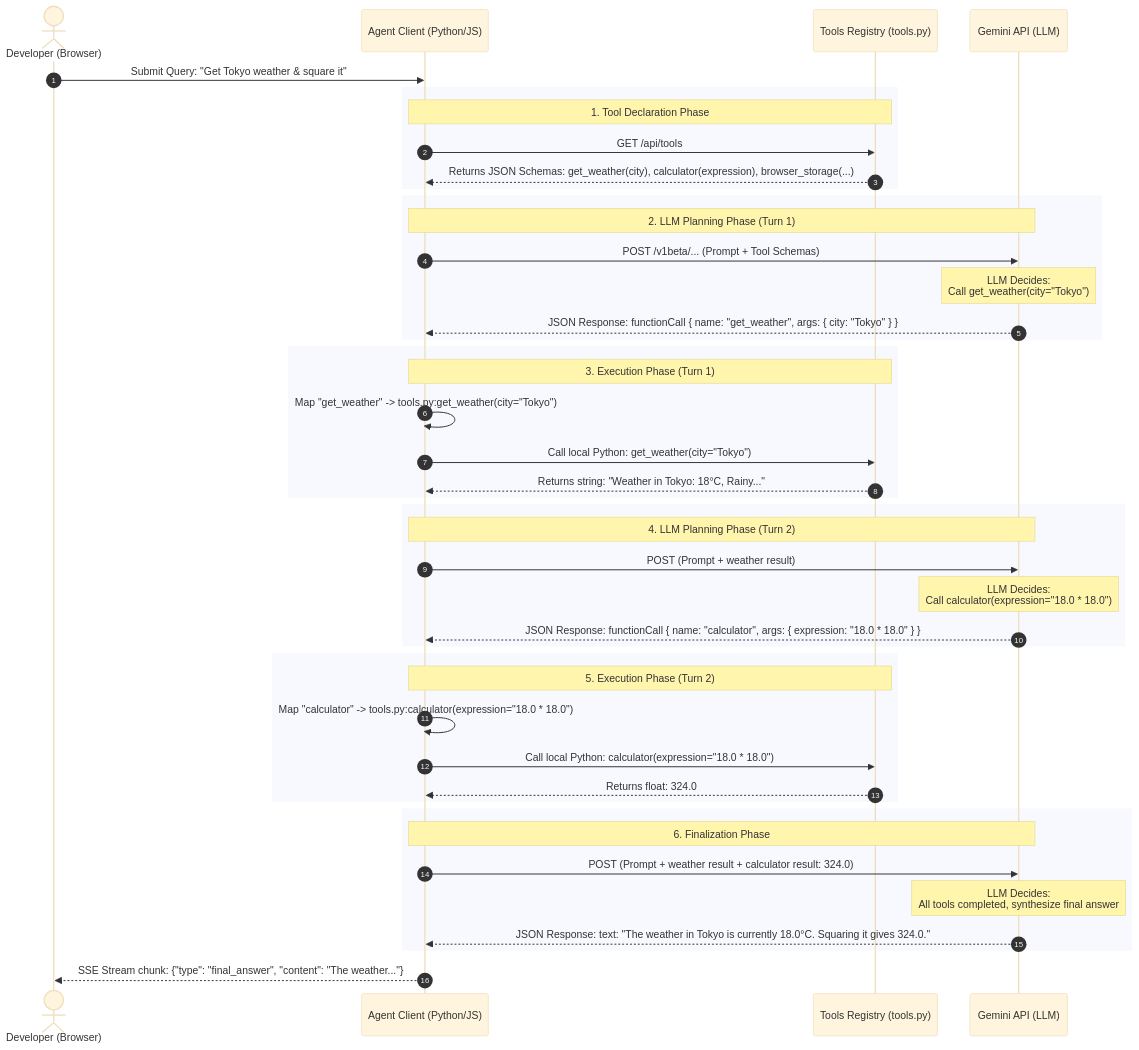
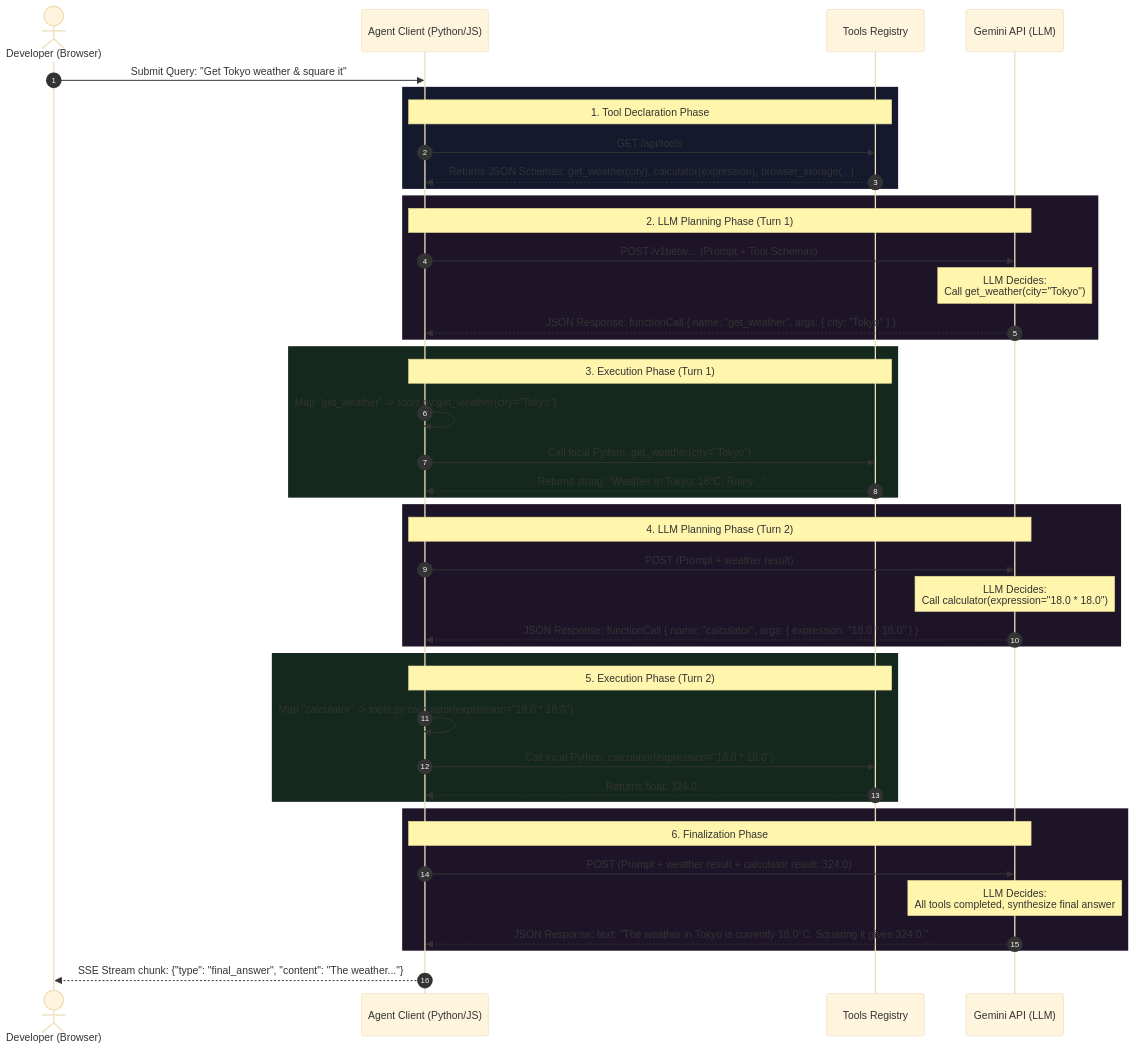
One commit to vdonthireddy/ai-agent-skills-sandbox changed the second of 3 diagrams in README.md. Above: the diagram before and after it, drawn with Mermaid (base theme). The commit also changed other lines of this file, not shown here.

Commit message:
Clean up sequence diagrams in README.md by removing file extensions from participant names and splitting Flow B capability declaration routes

````diff
--- a/README.md
+++ b/README.md
@@ -130,53 +116,53 @@
 ```mermaid
 sequenceDiagram
     autonumber
     actor User as Developer (Browser)
     participant Agent as Agent Client (Python/JS)
-    participant Registry as Tools Registry (tools.py)
+    participant Registry as Tools Registry
     participant LLM as Gemini API (LLM)
 
     User->>Agent: Submit Query: "Get Tokyo weather & square it"
     
-    rect #14192d
+    rect rgb(20, 25, 45)
         Note over Agent,Registry: 1. Tool Declaration Phase
         Agent->>Registry: GET /api/tools
         Registry-->>Agent: Returns JSON Schemas: get_weather(city), calculator(expression), browser_storage(...)
     end
     
-    rect #1e1428
+    rect rgb(30, 20, 40)
         Note over Agent,LLM: 2. LLM Planning Phase (Turn 1)
         Agent->>LLM: POST /v1beta/... (Prompt + Tool Schemas)
         Note over LLM: LLM Decides:<br/>Call get_weather(city="Tokyo")
         LLM-->>Agent: JSON Response: functionCall { name: "get_weather", args: { city: "Tokyo" } }
     end
     
-    rect #14281e
+    rect rgb(20, 40, 30)
         Note over Agent,Registry: 3. Execution Phase (Turn 1)
         Agent->>Agent: Map "get_weather" -> tools.py:get_weather(city="Tokyo")
         Agent->>Registry: Call local Python: get_weather(city="Tokyo")
         Registry-->>Agent: Returns string: "Weather in Tokyo: 18°C, Rainy..."
     end
     
-    rect #1e1428
+    rect rgb(30, 20, 40)
         Note over Agent,LLM: 4. LLM Planning Phase (Turn 2)
         Agent->>LLM: POST (Prompt + weather result)
         Note over LLM: LLM Decides:<br/>Call calculator(expression="18.0 * 18.0")
         LLM-->>Agent: JSON Response: functionCall { name: "calculator", args: { expression: "18.0 * 18.0" } }
     end
     
-    rect #14281e
+    rect rgb(20, 40, 30)
         Note over Agent,Registry: 5. Execution Phase (Turn 2)
         Agent->>Agent: Map "calculator" -> tools.py:calculator(expression="18.0 * 18.0")
         Agent->>Registry: Call local Python: calculator(expression="18.0 * 18.0")
         Registry-->>Agent: Returns float: 324.0
     end
     
-    rect #1e1428
+    rect rgb(30, 20, 40)
         Note over Agent,LLM: 6. Finalization Phase
         Agent->>LLM: POST (Prompt + weather result + calculator result: 324.0)
         Note over LLM: LLM Decides:<br/>All tools completed, synthesize final answer
         LLM-->>Agent: JSON Response: text: "The weather in Tokyo is currently 18.0°C. Squaring it gives 324.0."
     end
     
     Agent-->>User: SSE Stream chunk: {"type": "final_answer", "content": "The weather..."}
 ```
````
